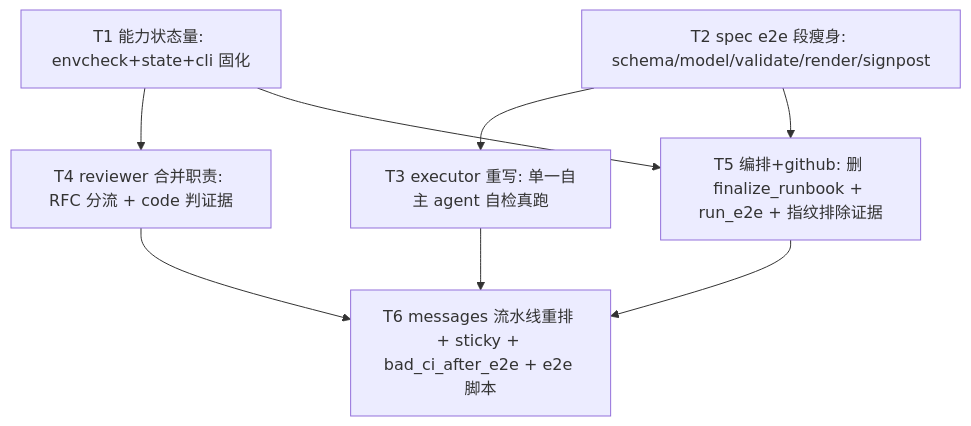
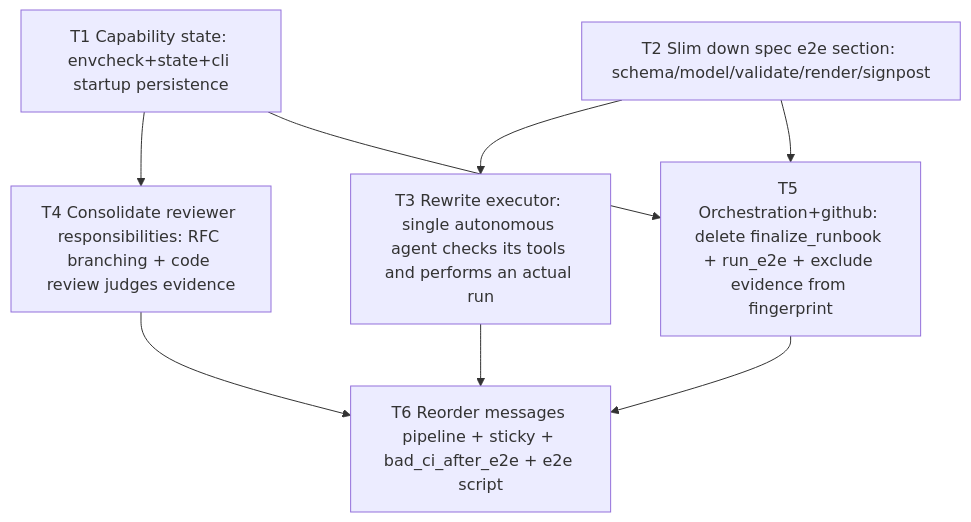
One commit to Curry09/OpenAgents changed the diagram in docs/specs/0055-e2e-v2-capability-aware.md. Above: the diagram before and after it, drawn with Mermaid. The commit also changed other lines of this file and 461 other files, not shown here.

````diff
--- a/docs/specs/0055-e2e-v2-capability-aware.md
+++ b/docs/specs/0055-e2e-v2-capability-aware.md
@@ -314,16 +315,16 @@
 ```mermaid
 graph TD
-    T1[T1 能力状态量: envcheck+state+cli 固化]
-    T2[T2 spec e2e 段瘦身: schema/model/validate/render/signpost]
-    T3[T3 executor 重写: 单一自主 agent 自检真跑]
-    T4[T4 reviewer 合并职责: RFC 分流 + code 判证据]
-    T5[T5 编排+github: 删 finalize_runbook + run_e2e + 指纹排除证据]
-    T6[T6 messages 流水线重排 + sticky + bad_ci_after_e2e + e2e 脚本]
+    T1[T1 Capability state: envcheck+state+cli startup persistence]
+    T2[T2 Slim down spec e2e section: schema/model/validate/render/signpost]
+    T3[T3 Rewrite executor: single autonomous agent checks its tools and performs an actual run]
+    T4[T4 Consolidate reviewer responsibilities: RFC branching + code review judges evidence]
+    T5[T5 Orchestration+github: delete finalize_runbook + run_e2e + exclude evidence from fingerprint]
+    T6[T6 Reorder messages pipeline + sticky + bad_ci_after_e2e + e2e script]
     T2 --> T3
     T1 --> T4
     T1 --> T5
     T2 --> T5
     T3 --> T6
     T4 --> T6
     T5 --> T6
 ```
````
